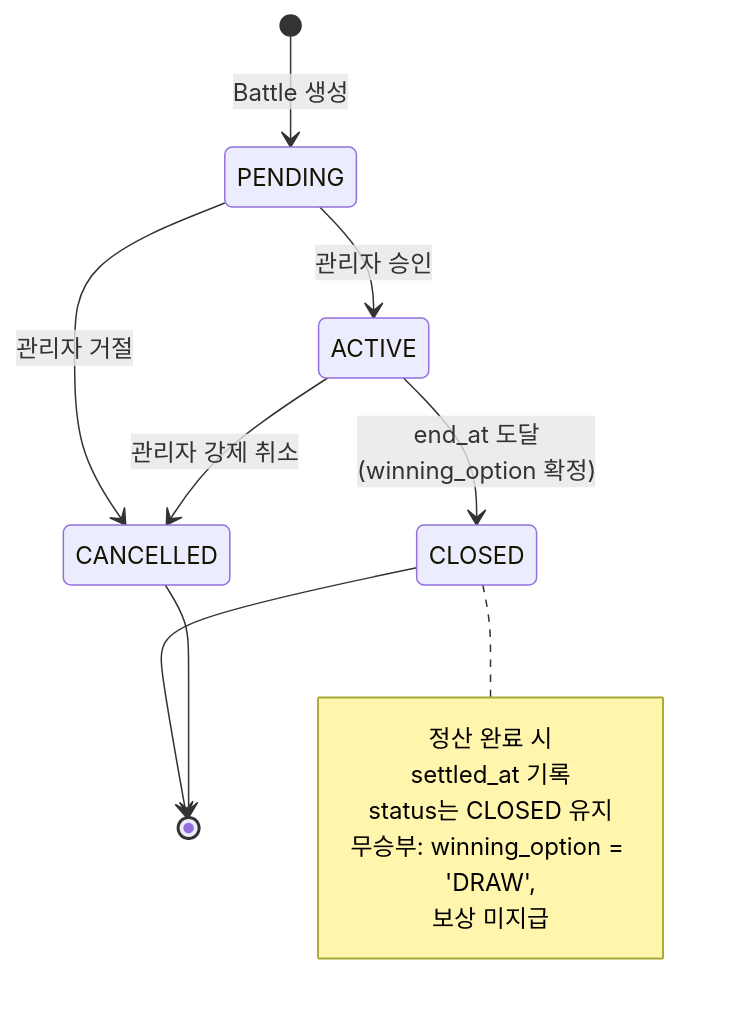
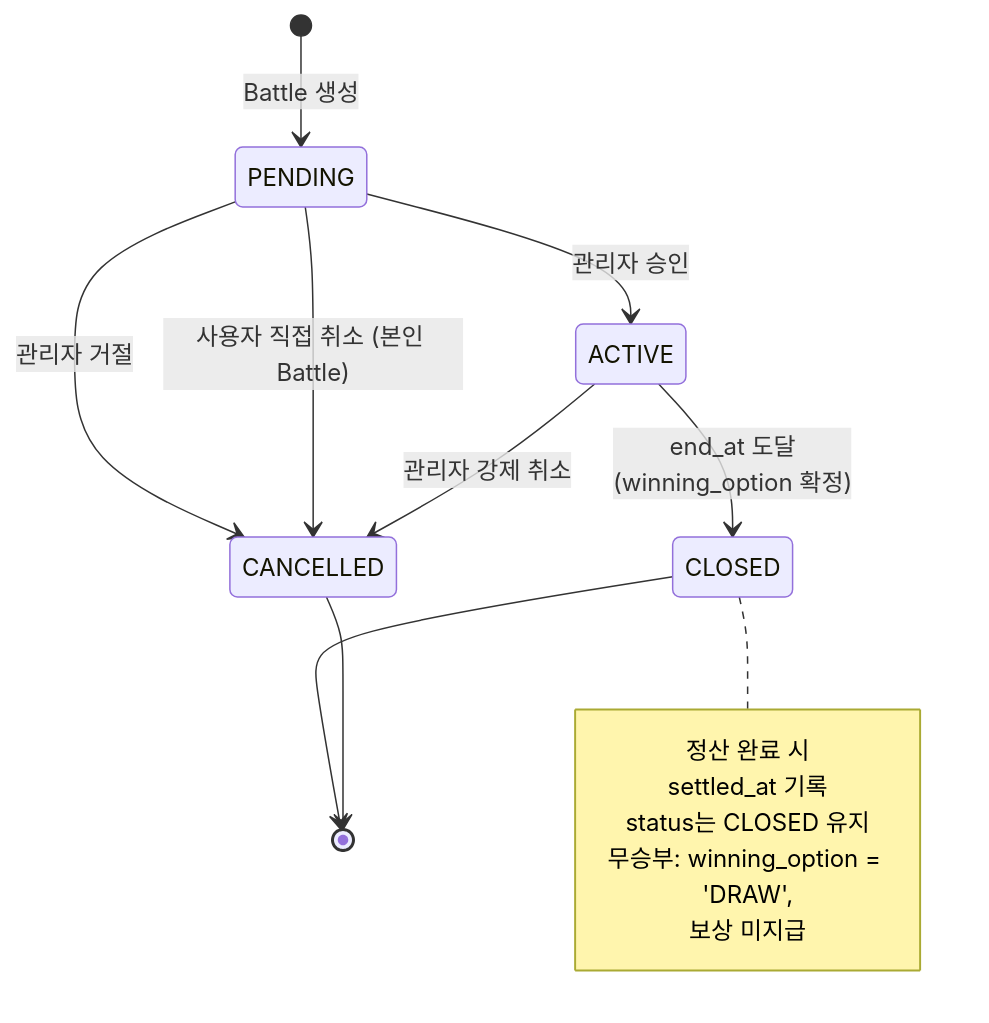
The third of 4 diagrams in docs/battle/BATTLE_ERD.md (K-Ghwan99/todongsan), drawn with Mermaid before and after one commit. The commit also changed other lines of this file and 6 other files, not shown here.

First line of the commit message:
feat: 사용자 본인 Battle 취소 API 추가 (PENDING 상태 한정)

````diff
--- a/docs/battle/BATTLE_ERD.md
+++ b/docs/battle/BATTLE_ERD.md
@@ -243,18 +243,19 @@
 ```mermaid
 stateDiagram-v2
     [*] --> PENDING: Battle 생성
     PENDING --> ACTIVE: 관리자 승인
     PENDING --> CANCELLED: 관리자 거절
+    PENDING --> CANCELLED: 사용자 직접 취소 (본인 Battle)
     ACTIVE --> CLOSED: end_at 도달<br/>(winning_option 확정)
     ACTIVE --> CANCELLED: 관리자 강제 취소
     CLOSED --> [*]
     CANCELLED --> [*]
 
     note right of CLOSED
         정산 완료 시
         settled_at 기록
         status는 CLOSED 유지
         무승부: winning_option = 'DRAW',
         보상 미지급
     end note
 ```
````
